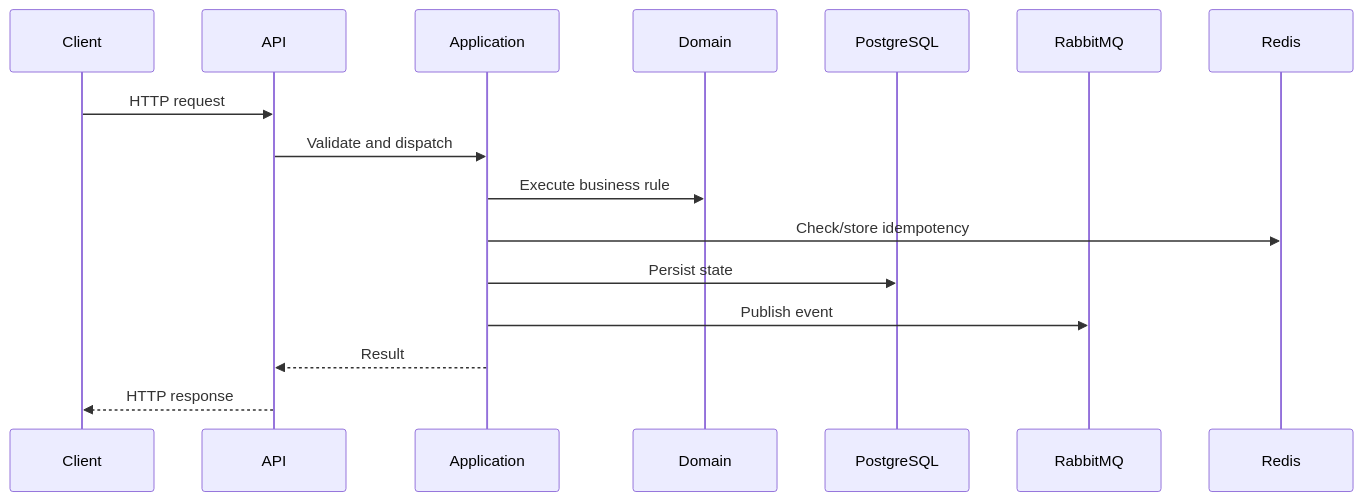
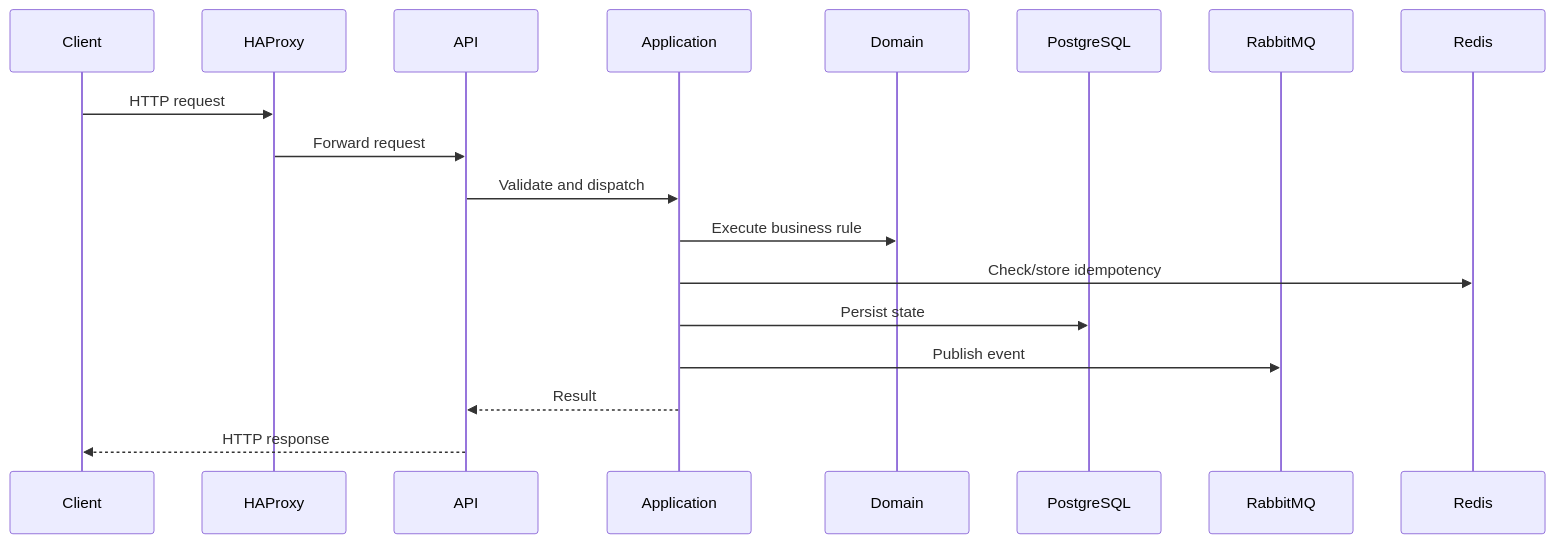
Before and after one commit to diogomassis/pagueveloz: the second of 2 diagrams in .github/.md/README.en.md, drawn with Mermaid. The commit also changed other lines of this file and 1 other file, not shown here.

Commit message:
docs: update architecture diagrams to include HAProxy in request flow

````diff
--- a/.github/.md/README.en.md
+++ b/.github/.md/README.en.md
@@ -82,19 +83,21 @@
 ```mermaid
 sequenceDiagram
  participant C as Client
+ participant H as HAProxy
  participant A as API
  participant U as Application
  participant D as Domain
  participant P as PostgreSQL
  participant R as RabbitMQ
  participant X as Redis
 
- C->>A: HTTP request
+ C->>H: HTTP request
+ H->>A: Forward request
  A->>U: Validate and dispatch
  U->>D: Execute business rule
  U->>X: Check/store idempotency
  U->>P: Persist state
  U->>R: Publish event
  U-->>A: Result
  A-->>C: HTTP response
 ```
````
